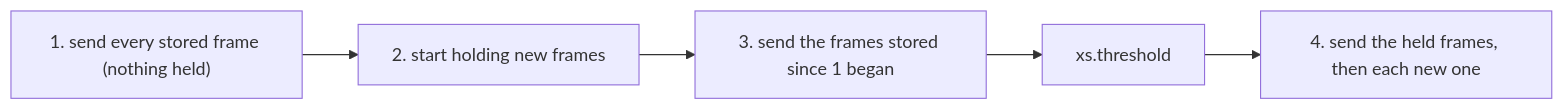
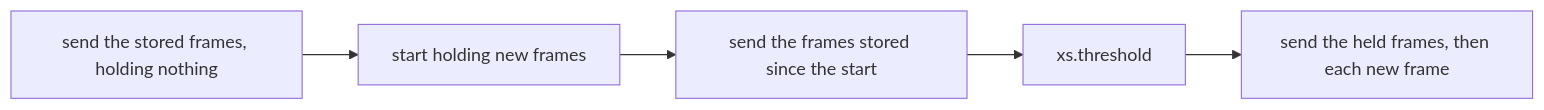
One commit to cablehead/xs changed the second of 2 diagrams in docs/adr/0008-follow-scan-first.md. Above: the diagram before and after it, drawn with Mermaid. The commit also changed other lines of this file, not shown here.

````diff
--- a/docs/adr/0008-follow-scan-first.md
+++ b/docs/adr/0008-follow-scan-first.md
@@ -35,7 +35,7 @@
 ```mermaid
 flowchart LR
-    A["1. send every stored frame (nothing held)"] --> B["2. start holding new frames"]
-    B --> C["3. send the frames stored since 1 began"]
+    A["send the stored frames, holding nothing"] --> B["start holding new frames"]
+    B --> C["send the frames stored since the start"]
     C --> D["xs.threshold"]
-    D --> E["4. send the held frames, then each new one"]
+    D --> E["send the held frames, then each new frame"]
 ```
````
